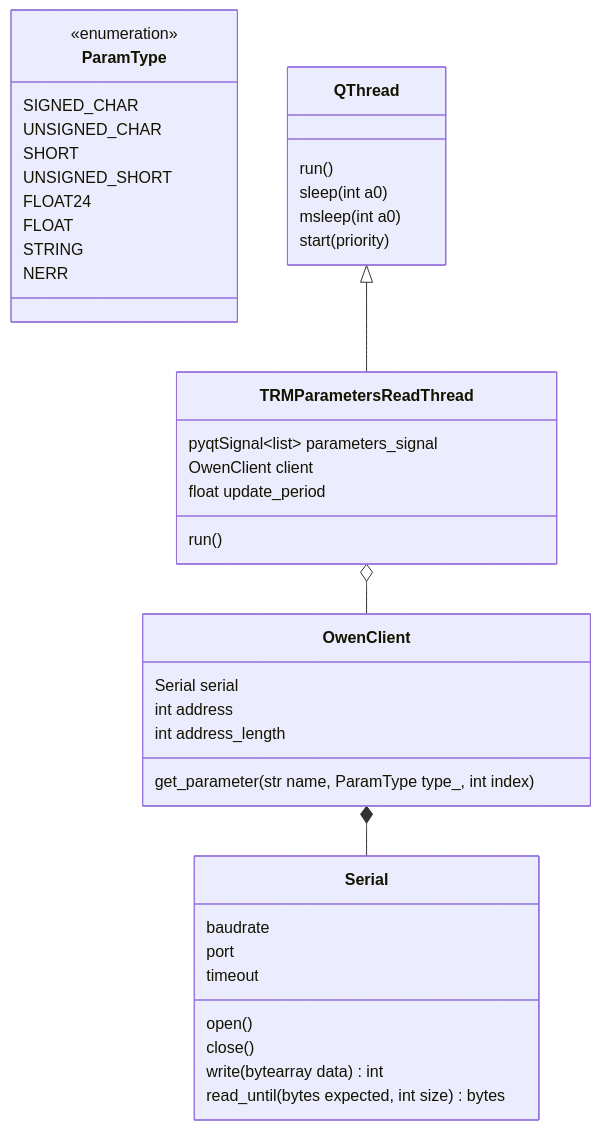
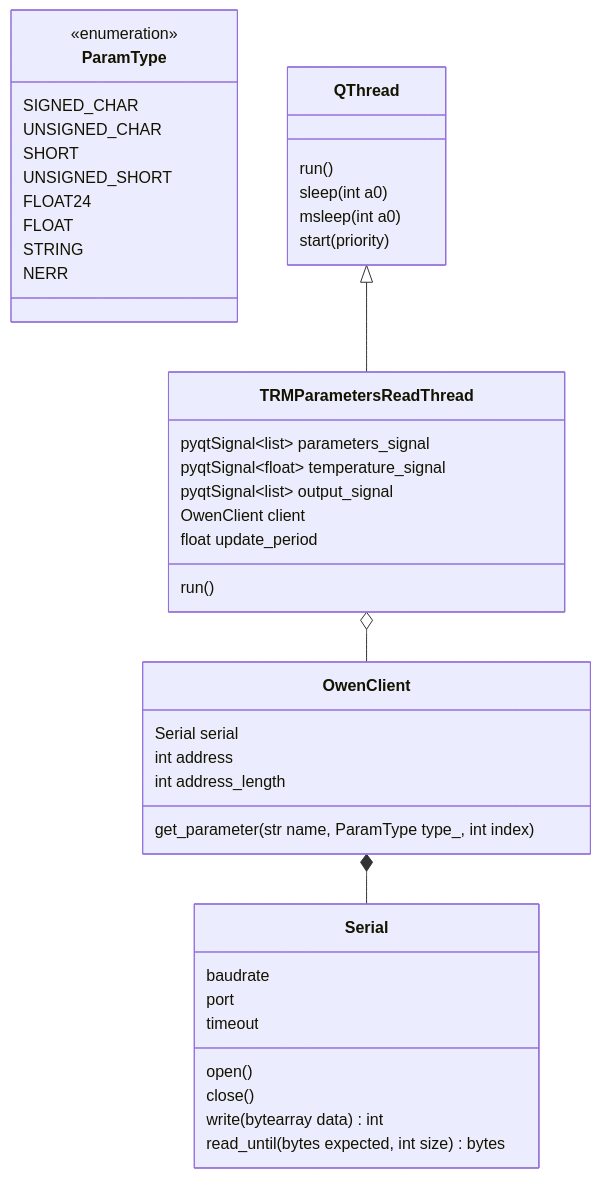
The third of 6 diagrams in data/diagrams/диаграмма классов.md (Marik28/dissertation), drawn with Mermaid before and after one commit. The commit also changed other lines of this file and 19 other files, not shown here.

````diff
--- a/data/diagrams/диаграмма классов.md
+++ b/data/diagrams/диаграмма классов.md
@@ -218,50 +195,53 @@
 ```mermaid
 classDiagram
     
     class OwenClient {
         Serial serial
         int address
         int address_length
         get_parameter(str name, ParamType type_, int index)
     }
     
     class Serial {
         baudrate
         port
         timeout
         open()
         close()
         write(bytearray data) int
         read_until(bytes expected, int size) bytes
     }
     
     class ParamType {
         <<enumeration>>
         SIGNED_CHAR
         UNSIGNED_CHAR
         SHORT
         UNSIGNED_SHORT
         FLOAT24
         FLOAT
         STRING
         NERR        
     }
     
     class TRMParametersReadThread {
         pyqtSignal~list~ parameters_signal
+        pyqtSignal~float~ temperature_signal
+        pyqtSignal~list~ output_signal
+        
         OwenClient client
         float update_period
         run()
     }
     
     class QThread {
         run()
         sleep(int a0)
         msleep(int a0)
         start(priority)
     }
     
     OwenClient *-- Serial
     QThread <|-- TRMParametersReadThread
     TRMParametersReadThread o-- OwenClient 
 ```
````
